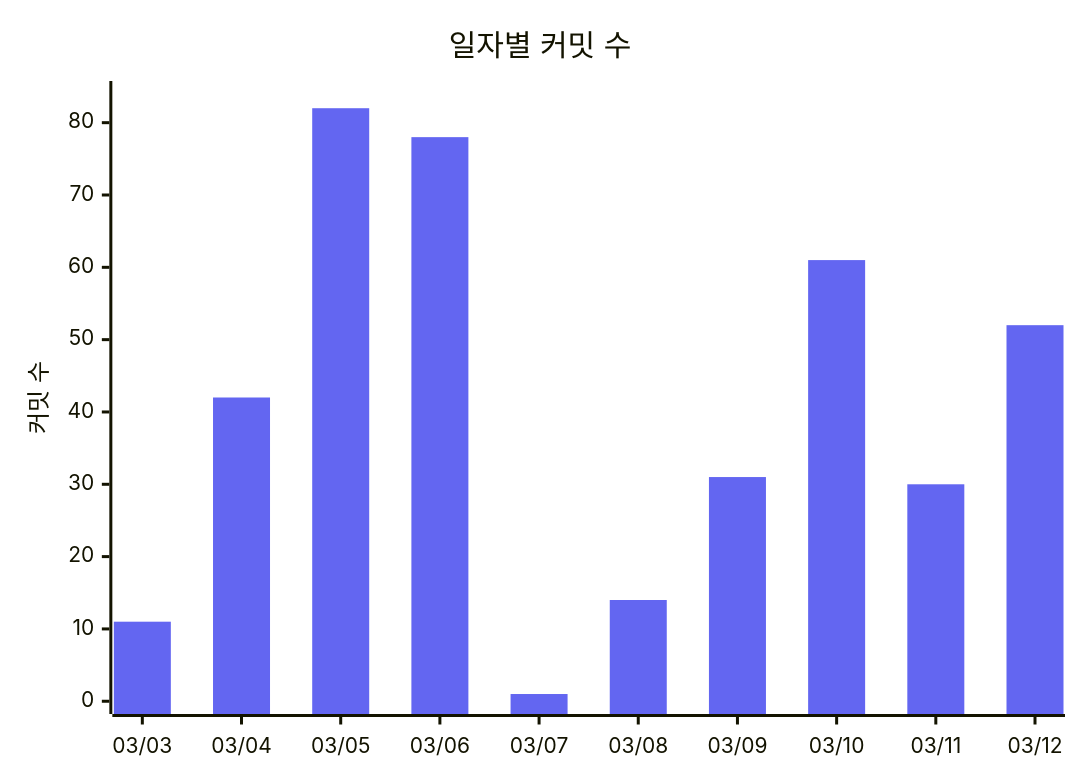
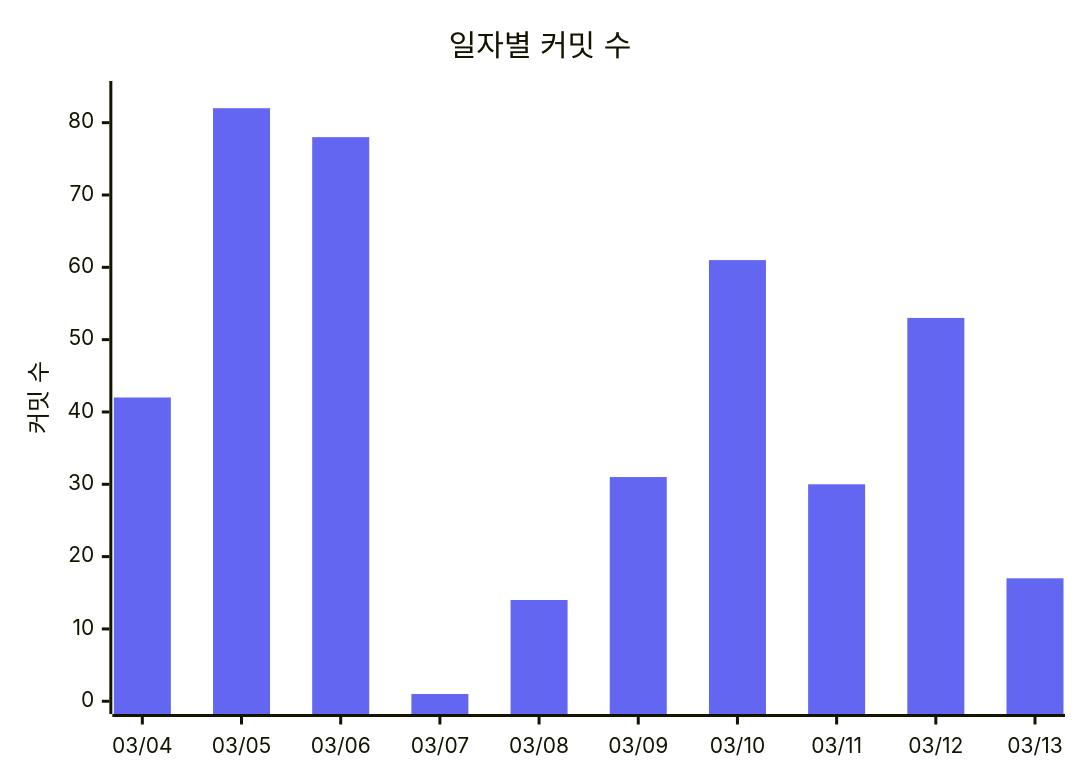
Before and after one commit to 3rd-project-team-1/ALYAC-market-team1: the fourth of 4 diagrams in README.md, drawn with Mermaid. The commit also changed other lines of this file, not shown here.

````diff
--- a/README.md
+++ b/README.md
@@ -452,12 +452,12 @@
 ```mermaid
 %%{init: { 'theme': 'base', 'themeVariables': {
   'xyChart': {
     'plotColorPalette': '#6366f1'
   }
 } } }%%
 xychart-beta
   title "일자별 커밋 수"
-  x-axis ["03/03", "03/04", "03/05", "03/06", "03/07", "03/08", "03/09", "03/10", "03/11", "03/12"]
+  x-axis ["03/04", "03/05", "03/06", "03/07", "03/08", "03/09", "03/10", "03/11", "03/12", "03/13"]
   y-axis "커밋 수" 0 --> 84
-  bar [11, 42, 82, 78, 1, 14, 31, 61, 30, 52]
+  bar [42, 82, 78, 1, 14, 31, 61, 30, 53, 17]
 ```
````
